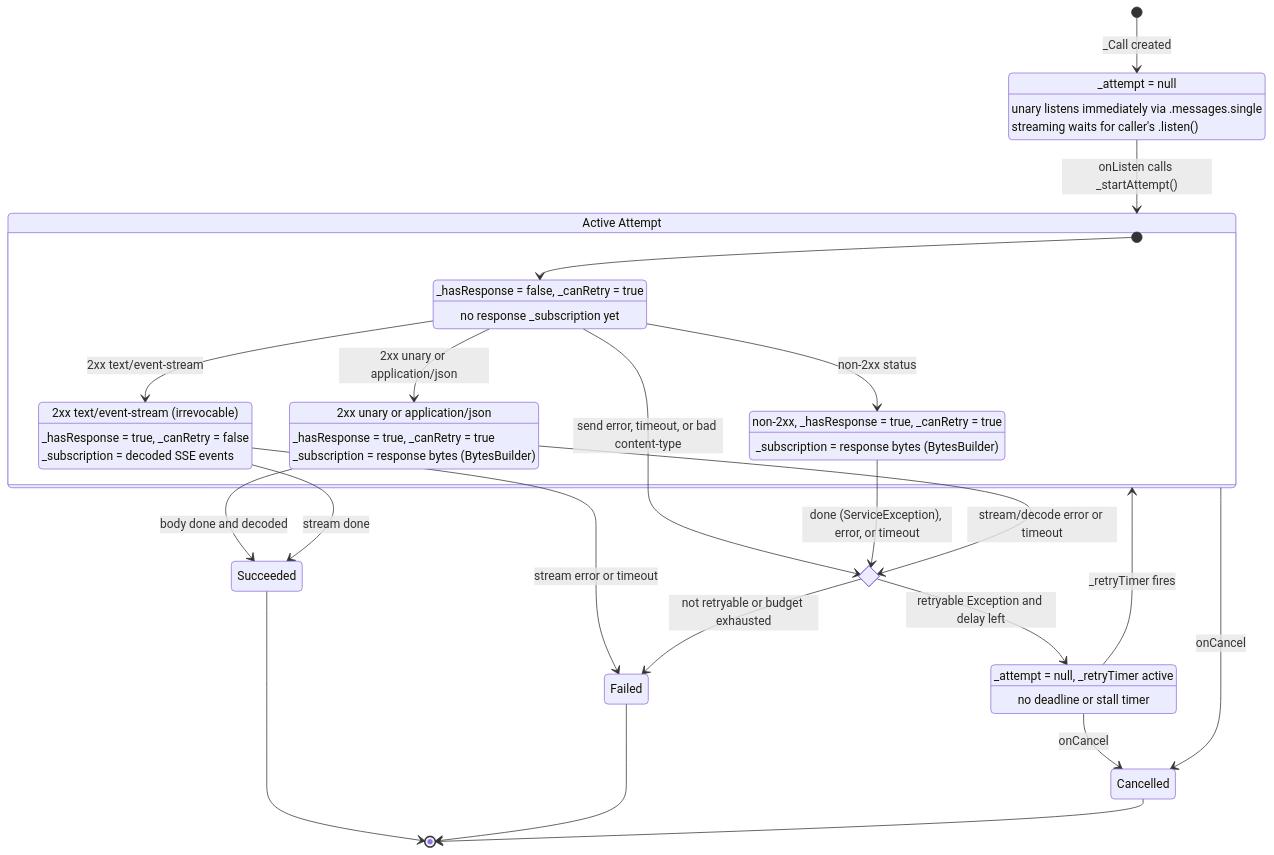
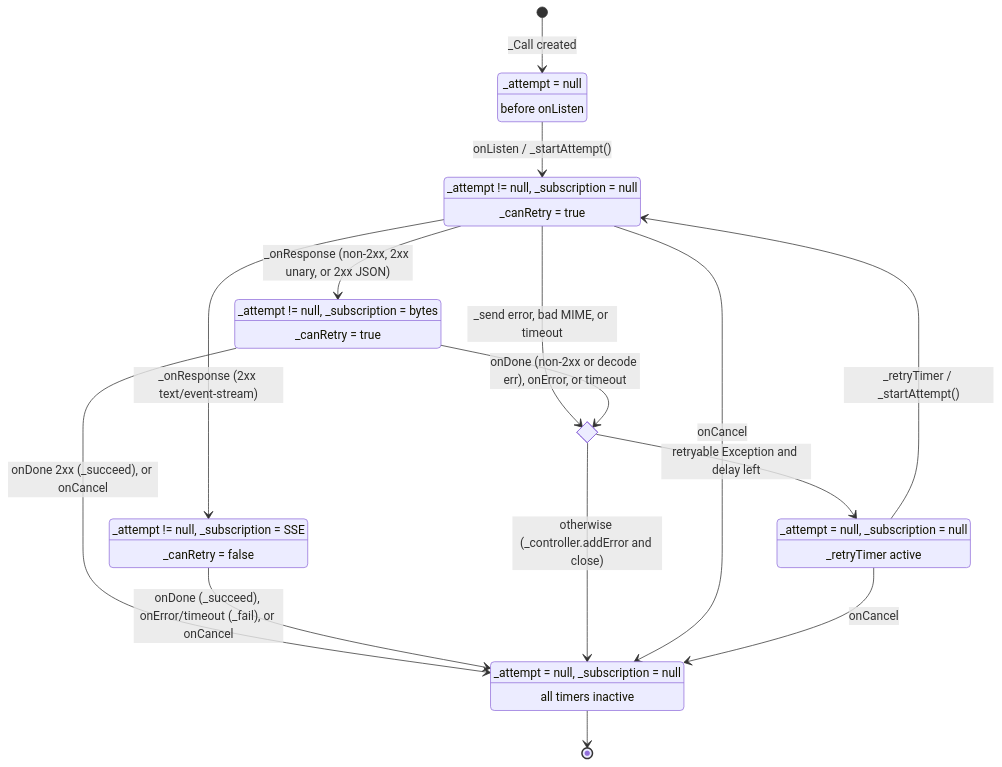
One commit to googleapis/google-cloud-dart changed the diagram in generated/google_cloud_rpc/STATE_MACHINE.md. Above: the diagram before and after it, drawn with Mermaid. The commit also changed other lines of this file and 7 other files, not shown here.

````diff
--- a/generated/google_cloud_rpc/STATE_MACHINE.md
+++ b/generated/google_cloud_rpc/STATE_MACHINE.md
@@ -22,54 +18,44 @@
 ```mermaid
 stateDiagram-v2
-    Idle : _attempt = null
-    Idle : unary listens immediately via .messages.single
-    Idle : streaming waits for caller's .listen()
+    WaitingForListen : _attempt = null
+    WaitingForListen : before onListen
 
-    state "Active Attempt" as ActiveAttempt {
-        [*] --> AwaitingHeaders
+    Sending : _attempt != null, _subscription = null
+    Sending : _canRetry = true
 
-        AwaitingHeaders : _hasResponse = false, _canRetry = true
-        AwaitingHeaders : no response _subscription yet
+    ReadingBody : _attempt != null, _subscription = bytes
+    ReadingBody : _canRetry = true
 
-        ReadingErrorBody : non-2xx, _hasResponse = true, _canRetry = true
-        ReadingErrorBody : _subscription = response bytes (BytesBuilder)
+    StreamingSse : _attempt != null, _subscription = SSE
+    StreamingSse : _canRetry = false
 
-        ReadingBufferedBody : 2xx unary or application/json
-        ReadingBufferedBody : _hasResponse = true, _canRetry = true
-        ReadingBufferedBody : _subscription = response bytes (BytesBuilder)
+    Backoff : _attempt = null, _subscription = null
+    Backoff : _retryTimer active
 
-        StreamingEvents : 2xx text/event-stream (irrevocable)
-        StreamingEvents : _hasResponse = true, _canRetry = false
-        StreamingEvents : _subscription = decoded SSE events
-
-        AwaitingHeaders --> ReadingErrorBody : non-2xx status
-        AwaitingHeaders --> ReadingBufferedBody : 2xx unary or application/json
-        AwaitingHeaders --> StreamingEvents : 2xx text/event-stream
-    }
+    Done : _attempt = null, _subscription = null
+    Done : all timers inactive
 
     state RetryCheck <<choice>>
 
-    WaitingToRetry : _attempt = null, _retryTimer active
-    WaitingToRetry : no deadline or stall timer
+    [*] --> WaitingForListen : _Call created
+    WaitingForListen --> Sending : onListen / _startAttempt()
 
-    [*] --> Idle : _Call created
-    Idle --> ActiveAttempt : onListen calls _startAttempt()
+    Sending --> ReadingBody : _onResponse (non-2xx, 2xx unary, or 2xx JSON)
+    Sending --> StreamingSse : _onResponse (2xx text/event-stream)
+    Sending --> RetryCheck : _send error, bad MIME, or timeout
 
-    AwaitingHeaders --> RetryCheck : send error, timeout, or bad content-type
-    ReadingErrorBody --> RetryCheck : done (ServiceException), error, or timeout
-    ReadingBufferedBody --> Succeeded : body done and decoded
-    ReadingBufferedBody --> RetryCheck : stream/decode error or timeout
-    StreamingEvents --> Succeeded : stream done
-    StreamingEvents --> Failed : stream error or timeout
+    ReadingBody --> Done : onDone 2xx (_succeed), or onCancel
+    ReadingBody --> RetryCheck : onDone (non-2xx or decode err), onError, or timeout
 
-    ActiveAttempt --> Cancelled : onCancel
-    WaitingToRetry --> Cancelled : onCancel
+    StreamingSse --> Done : onDone (_succeed), onError/timeout (_fail), or onCancel
 
-    RetryCheck --> WaitingToRetry : retryable Exception and delay left
-    RetryCheck --> Failed : not retryable or budget exhausted
-    WaitingToRetry --> ActiveAttempt : _retryTimer fires
+    RetryCheck --> Backoff : retryable Exception and delay left
+    RetryCheck --> Done : otherwise (_controller.addError and close)
 
-    Succeeded --> [*]
-    Failed --> [*]
-    Cancelled --> [*]
+    Backoff --> Sending : _retryTimer / _startAttempt()
+
+    Sending --> Done : onCancel
+    Backoff --> Done : onCancel
+
+    Done --> [*]
 ```
````
